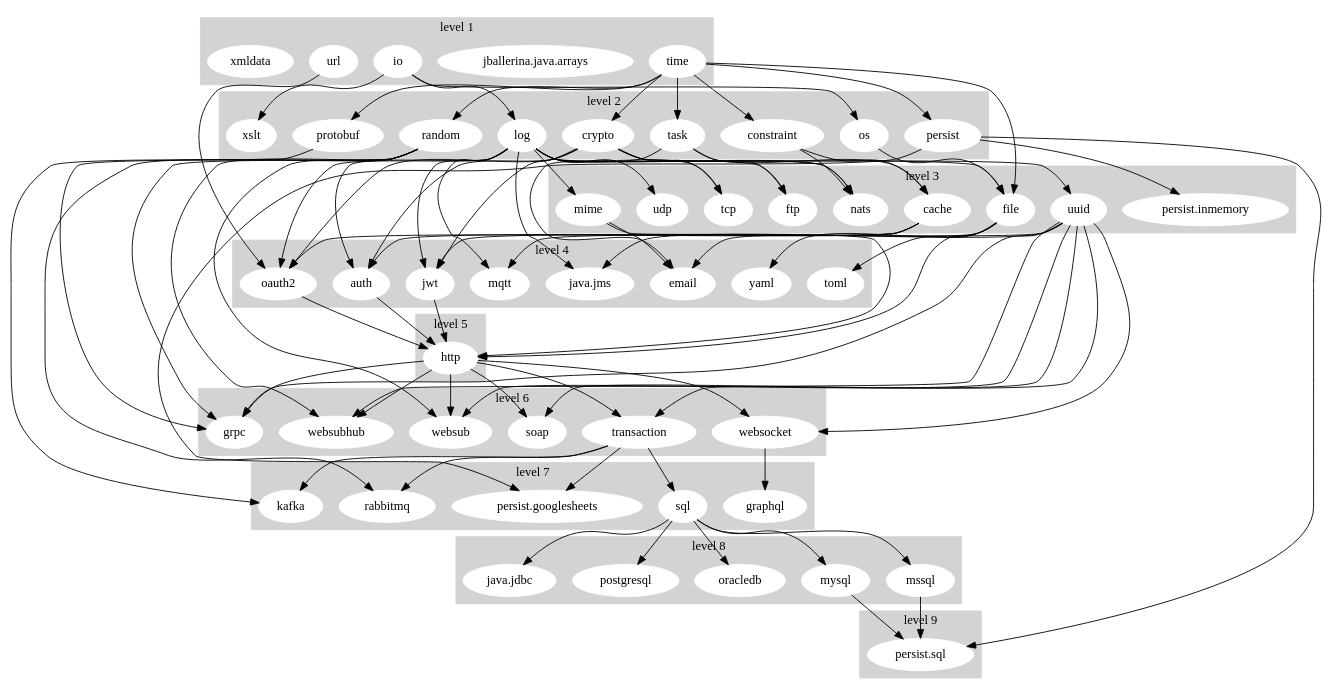
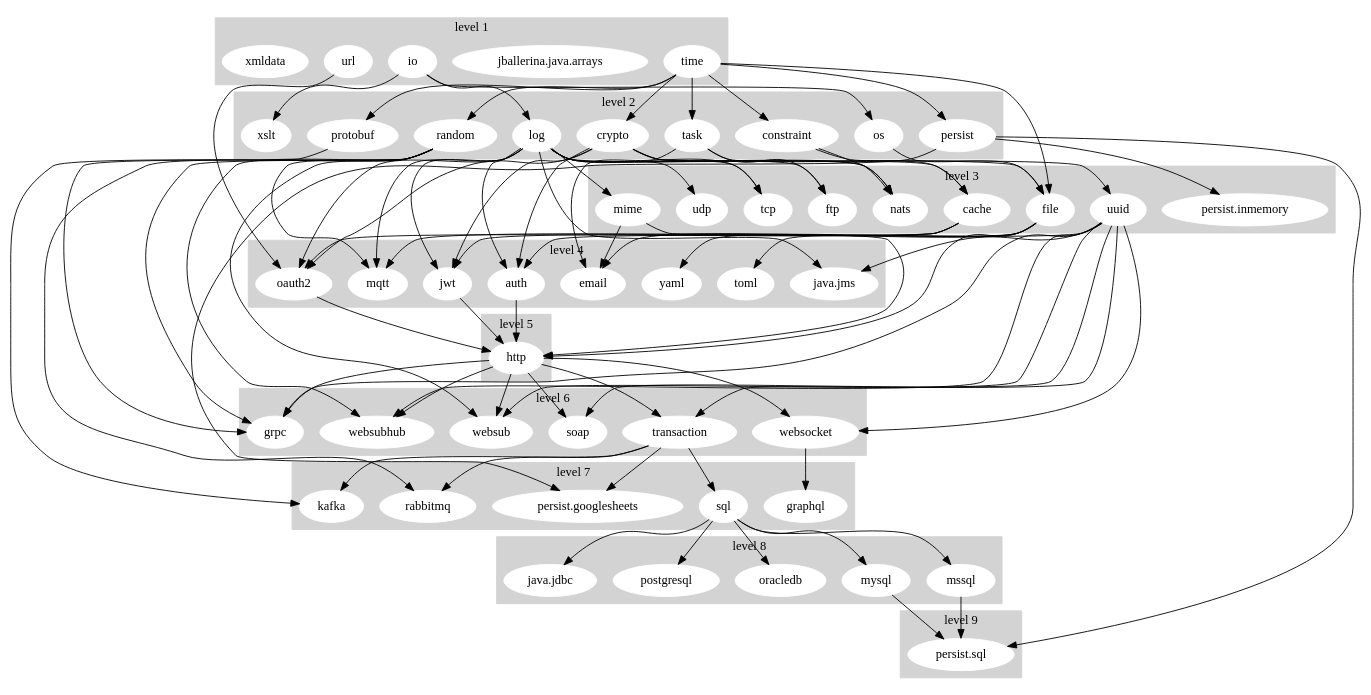
The diagram in dashboard/stdlib_graph.gv (ballerina-platform/ballerina-release), drawn with Graphviz before and after one commit.

Commit message:
[Automated] Update Stdlib Dependency Graph

```diff
--- a/dashboard/stdlib_graph.gv
+++ b/dashboard/stdlib_graph.gv
@@ -1,177 +1,178 @@
 digraph "Stdlib Dependency Graph" {
 	subgraph cluster_1 {
 		node [color=white style=filled]
 		color=lightgrey style=filled
 		io
 		"jballerina.java.arrays"
 		time
 		url
 		xmldata
 		label="level 1"
 	}
 	subgraph cluster_2 {
 		node [color=white style=filled]
 		color=lightgrey style=filled
 		constraint
 		crypto
 		log
 		os
 		persist
 		protobuf
 		random
 		task
 		xslt
 		label="level 2"
 	}
 	subgraph cluster_3 {
 		node [color=white style=filled]
 		color=lightgrey style=filled
 		cache
 		file
 		ftp
 		mime
 		nats
 		"persist.inmemory"
 		tcp
 		udp
 		uuid
 		label="level 3"
 	}
 	subgraph cluster_4 {
 		node [color=white style=filled]
 		color=lightgrey style=filled
 		auth
 		email
 		"java.jms"
 		jwt
 		mqtt
 		oauth2
 		toml
 		yaml
 		label="level 4"
 	}
 	subgraph cluster_5 {
 		node [color=white style=filled]
 		color=lightgrey style=filled
 		http
 		label="level 5"
 	}
 	subgraph cluster_6 {
 		node [color=white style=filled]
 		color=lightgrey style=filled
 		grpc
 		soap
 		transaction
 		websocket
 		websub
 		websubhub
 		label="level 6"
 	}
 	subgraph cluster_7 {
 		node [color=white style=filled]
 		color=lightgrey style=filled
 		graphql
 		kafka
 		"persist.googlesheets"
 		rabbitmq
 		sql
 		label="level 7"
 	}
 	subgraph cluster_8 {
 		node [color=white style=filled]
 		color=lightgrey style=filled
 		"java.jdbc"
 		mssql
 		mysql
 		oracledb
 		postgresql
 		label="level 8"
 	}
 	subgraph cluster_9 {
 		node [color=white style=filled]
 		color=lightgrey style=filled
 		"persist.sql"
 		label="level 9"
 	}
 	io -> log
 	io -> os
 	io -> xslt
 	time -> constraint
 	time -> crypto
 	time -> file
 	time -> persist
 	time -> protobuf
 	time -> random
 	time -> task
 	url -> oauth2
 	constraint -> cache
 	constraint -> nats
 	crypto -> auth
 	crypto -> jwt
 	crypto -> nats
 	crypto -> oauth2
 	crypto -> tcp
 	crypto -> uuid
 	log -> auth
 	log -> file
 	log -> ftp
 	log -> "java.jms"
 	log -> jwt
 	log -> mime
 	log -> mqtt
 	log -> nats
 	log -> oauth2
 	log -> tcp
 	log -> udp
 	os -> file
 	persist -> "persist.googlesheets"
 	persist -> "persist.inmemory"
 	persist -> "persist.sql"
 	protobuf -> grpc
 	random -> grpc
 	random -> kafka
+	random -> mqtt
 	random -> rabbitmq
 	random -> websub
 	random -> websubhub
 	task -> cache
 	task -> email
 	task -> ftp
 	cache -> auth
 	cache -> jwt
 	cache -> oauth2
 	file -> email
 	file -> http
 	file -> toml
 	file -> yaml
 	mime -> email
 	mime -> http
 	uuid -> grpc
 	uuid -> "java.jms"
 	uuid -> mqtt
 	uuid -> soap
 	uuid -> transaction
 	uuid -> websocket
 	uuid -> websub
 	uuid -> websubhub
 	auth -> http
 	jwt -> http
 	oauth2 -> http
 	http -> grpc
 	http -> soap
 	http -> transaction
 	http -> websocket
 	http -> websub
 	http -> websubhub
 	transaction -> kafka
 	transaction -> "persist.googlesheets"
 	transaction -> rabbitmq
 	transaction -> sql
 	websocket -> graphql
 	sql -> "java.jdbc"
 	sql -> mssql
 	sql -> mysql
 	sql -> oracledb
 	sql -> postgresql
 	mssql -> "persist.sql"
 	mysql -> "persist.sql"
 }
```
